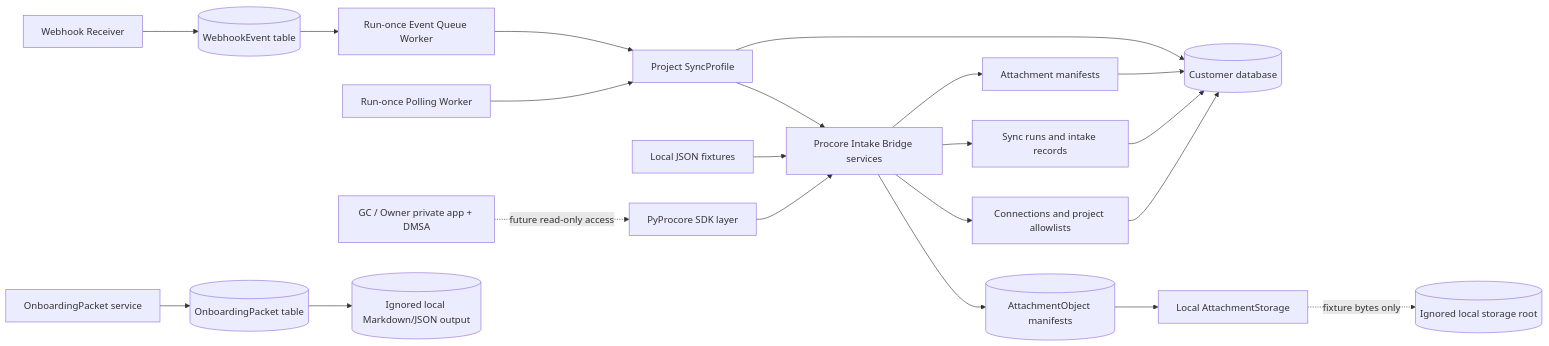
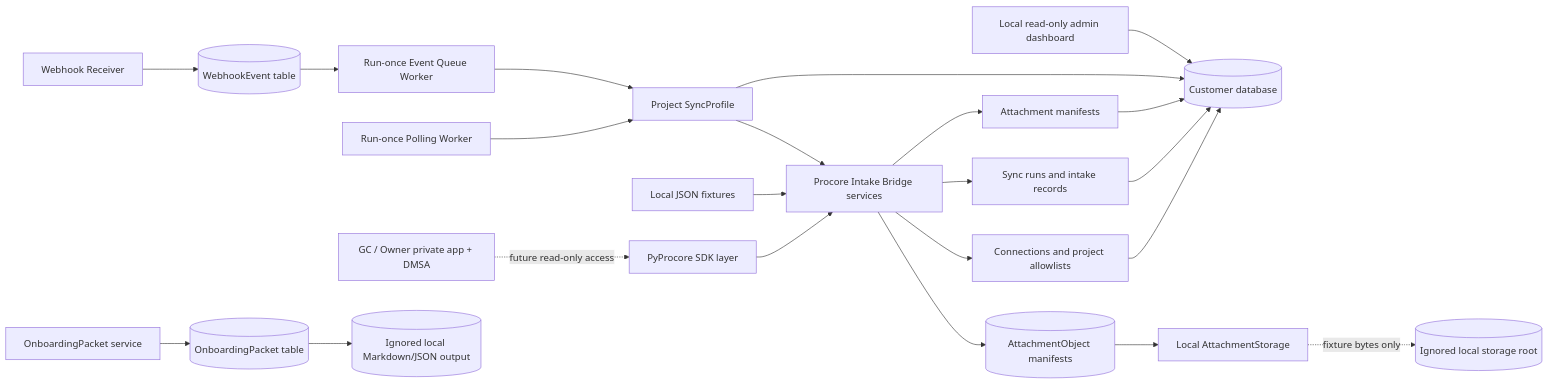
The diagram in docs/architecture.md (vibhanshu-mishra/procore-intake-bridge), drawn with Mermaid before and after one commit. The commit also changed other lines of this file and 21 other files, not shown here.

Commit message:
Add minimal admin dashboard

````diff
--- a/docs/architecture.md
+++ b/docs/architecture.md
@@ -5,23 +5,24 @@
 ```mermaid
 flowchart LR
     A["GC / Owner private app + DMSA"] -. "future read-only access" .-> B["PyProcore SDK layer"]
     B --> C["Procore Intake Bridge services"]
     C --> D["Connections and project allowlists"]
     C --> E["Sync runs and intake records"]
     C --> F["Attachment manifests"]
     D --> G[("Customer database")]
     E --> G
     F --> G
     H["Local JSON fixtures"] --> C
     I["Run-once Polling Worker"] --> J["Project SyncProfile"]
     J --> C
     J --> G
     K["Webhook Receiver"] --> L[("WebhookEvent table")]
     L --> M["Run-once Event Queue Worker"]
     M --> J
     C --> N[("AttachmentObject manifests")]
     N --> O["Local AttachmentStorage"]
     O -. "fixture bytes only" .-> P[("Ignored local storage root")]
     Q["OnboardingPacket service"] --> R[("OnboardingPacket table")]
     R --> S[("Ignored local Markdown/JSON output")]
+    T["Local read-only admin dashboard"] --> G
 ```
````
